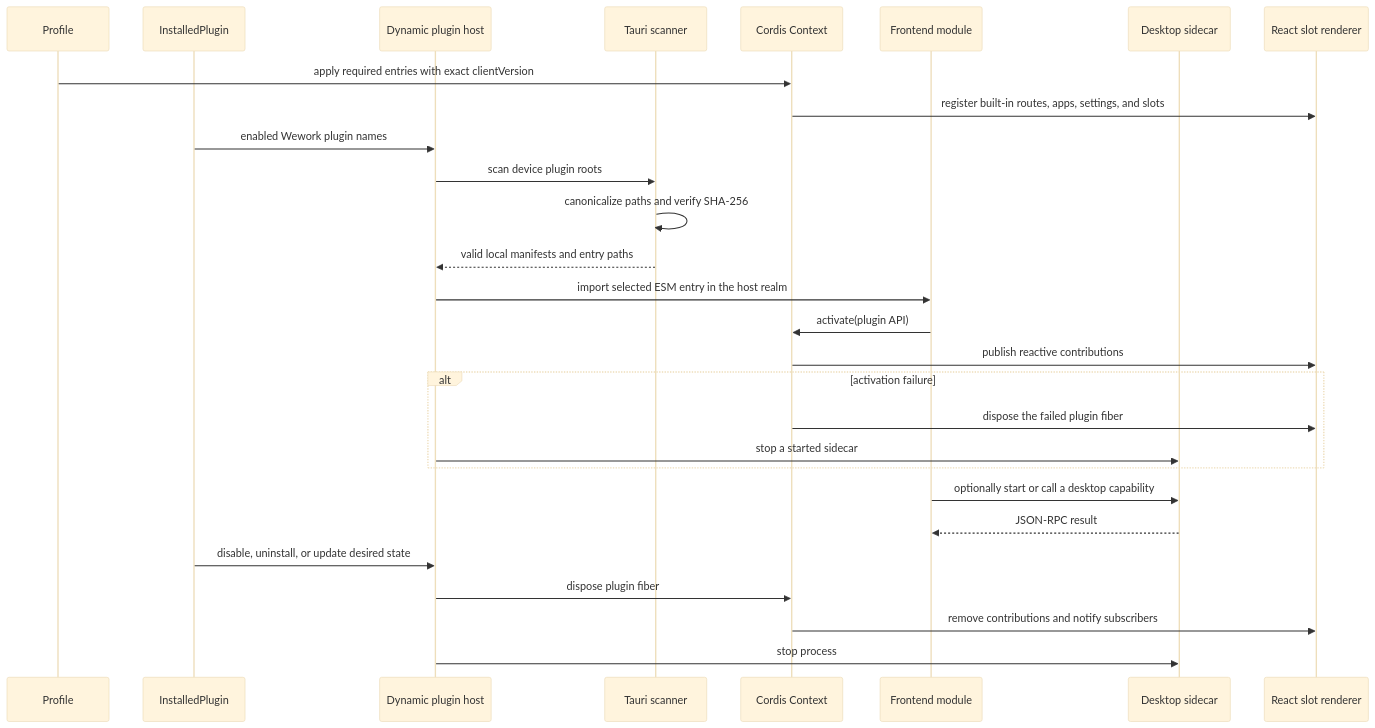
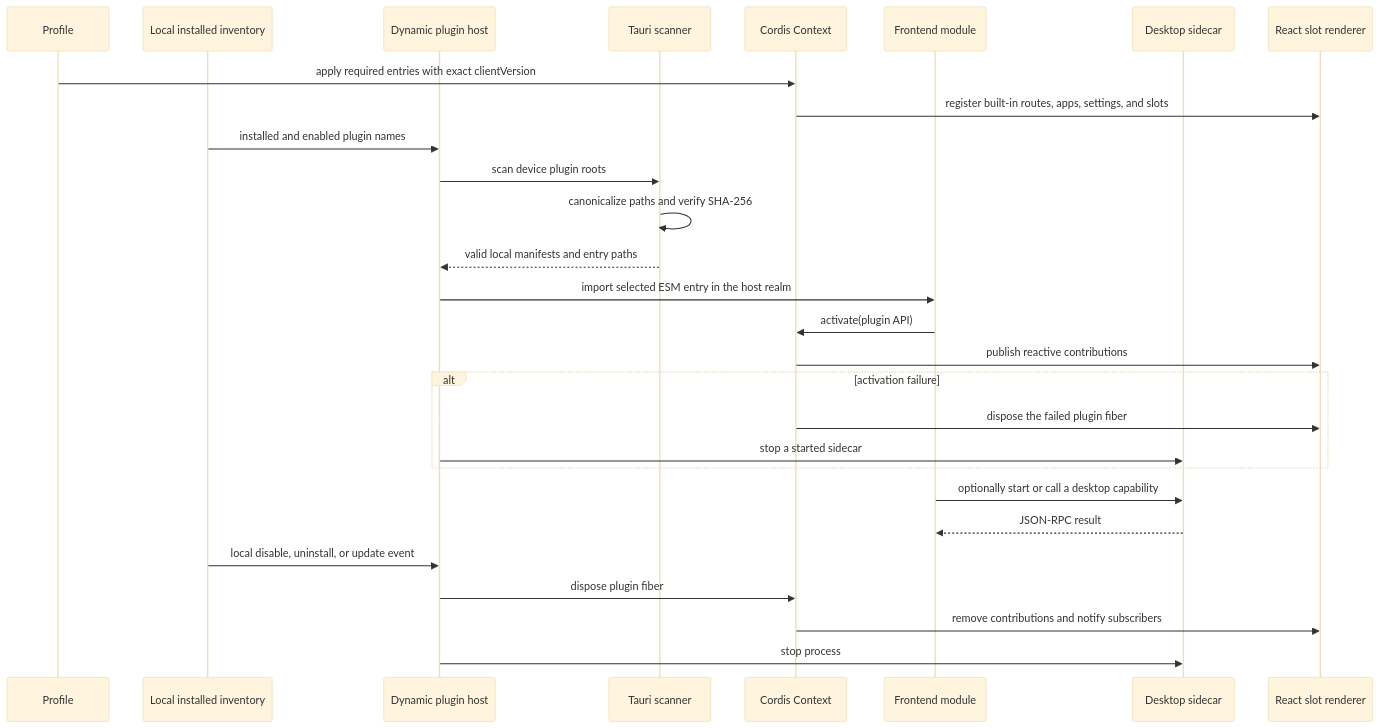
The second of 2 diagrams in docs/en/architecture/workbench-plugin-runtime.md (wecode-ai/Wegent), drawn with Mermaid (base theme) before and after one commit. The commit also changed other lines of this file and 16 other files, not shown here.

Commit message:
refactor(wework): keep workbench plugins local

````diff
--- a/docs/en/architecture/workbench-plugin-runtime.md
+++ b/docs/en/architecture/workbench-plugin-runtime.md
@@ -26,33 +26,33 @@
 ```mermaid
 sequenceDiagram
     participant P as Profile
-    participant B as InstalledPlugin
+    participant I as Local installed inventory
     participant D as Dynamic plugin host
     participant T as Tauri scanner
     participant C as Cordis Context
     participant F as Frontend module
     participant S as Desktop sidecar
     participant U as React slot renderer
 
     P->>C: apply required entries with exact clientVersion
     C->>U: register built-in routes, apps, settings, and slots
-    B->>D: enabled Wework plugin names
+    I->>D: installed and enabled plugin names
     D->>T: scan device plugin roots
     T->>T: canonicalize paths and verify SHA-256
     T-->>D: valid local manifests and entry paths
     D->>F: import selected ESM entry in the host realm
     F->>C: activate(plugin API)
     C->>U: publish reactive contributions
 
     alt activation failure
         C->>U: dispose the failed plugin fiber
         D->>S: stop a started sidecar
     end
 
     F->>S: optionally start or call a desktop capability
     S-->>F: JSON-RPC result
-    B->>D: disable, uninstall, or update desired state
+    I->>D: local disable, uninstall, or update event
     D->>C: dispose plugin fiber
     C->>U: remove contributions and notify subscribers
     D->>S: stop process
 ```
````
